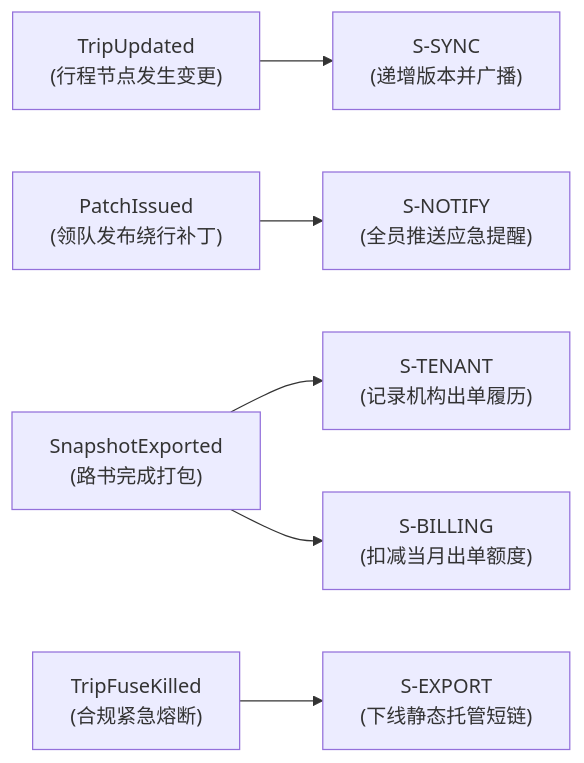
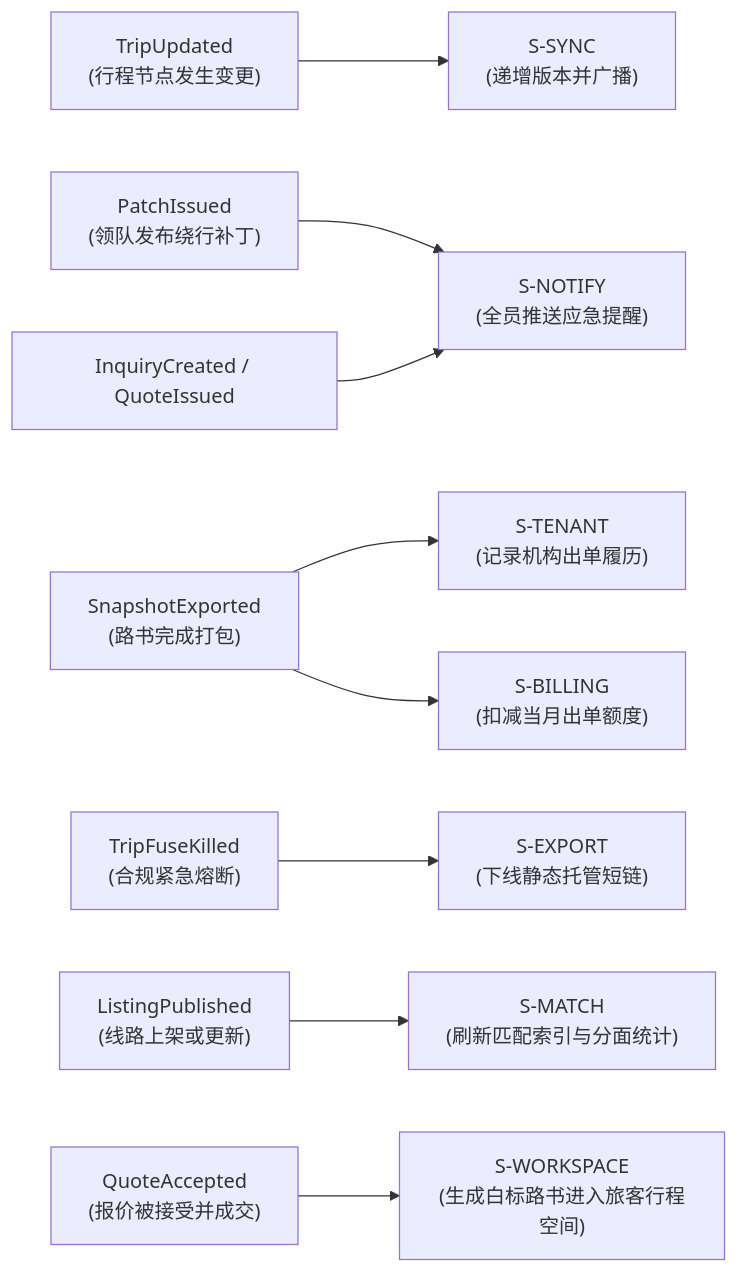
The first of 2 diagrams in docs/architecture/ARC-05-backend-integrations.md (JohnMaxwell0123/TripCraft), drawn with Mermaid before and after one commit. The commit also changed other lines of this file and 55 other files, not shown here.

````diff
--- a/docs/architecture/ARC-05-backend-integrations.md
+++ b/docs/architecture/ARC-05-backend-integrations.md
@@ -35,8 +38,11 @@
 ```mermaid
 flowchart LR
     E1["TripUpdated<br/>(行程节点发生变更)"] --> S_SYNC["S-SYNC<br/>(递增版本并广播)"]
     E2["PatchIssued<br/>(领队发布绕行补丁)"] --> S_NOTIFY["S-NOTIFY<br/>(全员推送应急提醒)"]
     E3["SnapshotExported<br/>(路书完成打包)"] --> S_TENANT["S-TENANT<br/>(记录机构出单履历)"]
     E3 --> S_BILLING["S-BILLING<br/>(扣减当月出单额度)"]
     E4["TripFuseKilled<br/>(合规紧急熔断)"] --> S_EXPORT["S-EXPORT<br/>(下线静态托管短链)"]
+    E5["ListingPublished<br/>(线路上架或更新)"] --> S_MATCH["S-MATCH<br/>(刷新匹配索引与分面统计)"]
+    E6["InquiryCreated / QuoteIssued"] --> S_NOTIFY
+    E7["QuoteAccepted<br/>(报价被接受并成交)"] --> S_WS["S-WORKSPACE<br/>(生成白标路书进入旅客行程空间)"]
 ```
````
